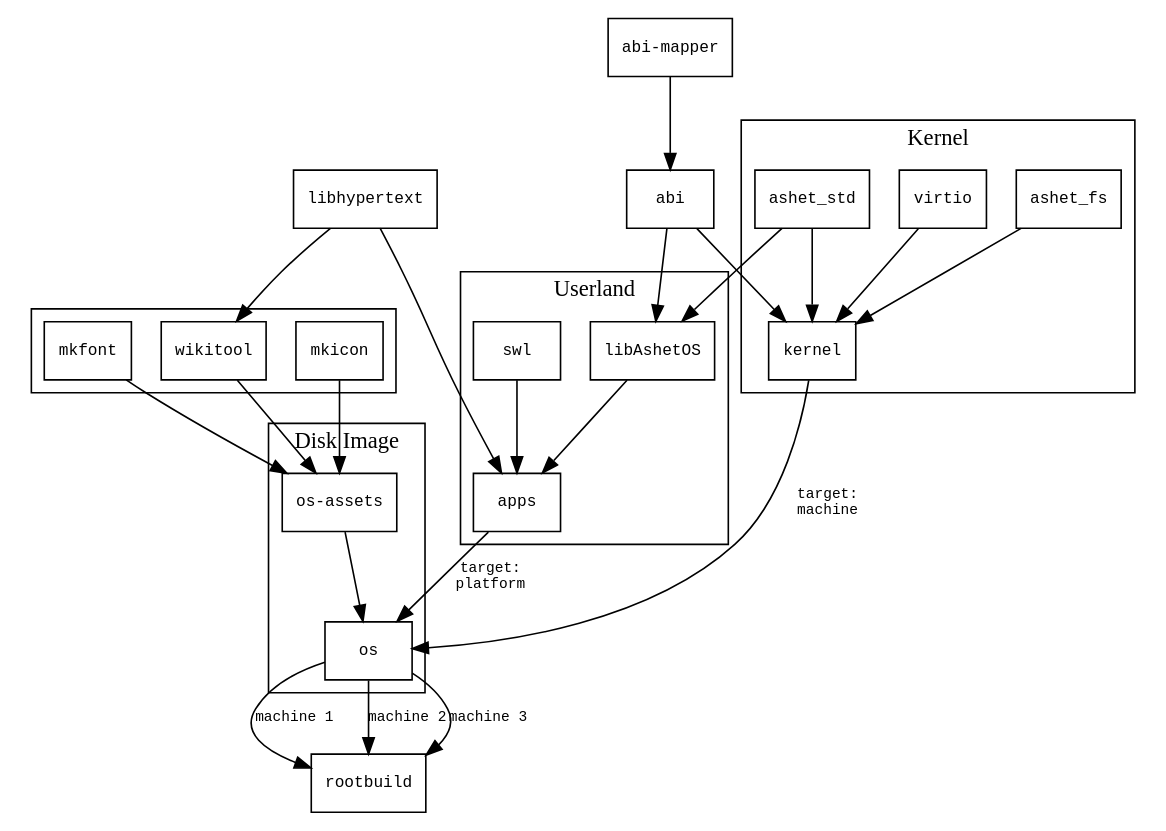
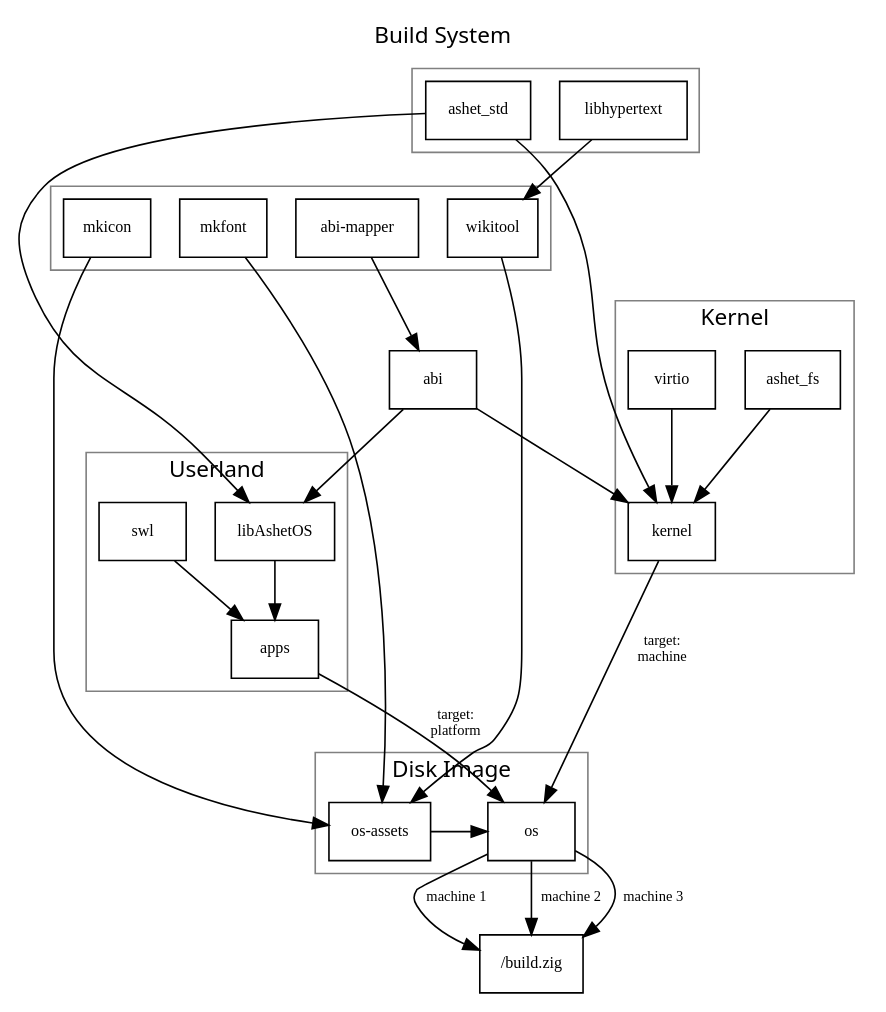
The diagram in docs/build/graph.dot (Ashet-Technologies/Ashet-OS), drawn with Graphviz before and after one commit. The commit also changed 1 other file, not shown here.

Commit message:
Updates docs/build

```diff
--- a/docs/build/graph.dot
+++ b/docs/build/graph.dot
@@ -1,77 +1,92 @@
 digraph {
     rankdir = TB;
-    node [shape = box; fontsize = 10; fontname = monospace;];
-    edge [fontsize = 9; fontname = monospace;];
+    fontname = "sans";
+    node [shape = box; fontsize = 10;];
+    edge [fontsize = 9;];
+    splines=true;
+
+    rootbuild [label = "/build.zig";];
     
+    subgraph cluster_libs {
+        rank = same;
+        color = gray;
+        
+        libhypertext;
+        ashet_std;
+    }
     
     abi;
-    abi_mapper [label = "abi-mapper";];
-    
-    libhypertext;
     
     subgraph cluster_tools {
+        rank = min;
+        color = gray;
+        
         wikitool;
         mkicon;
         mkfont;
+        abi_mapper [label = "abi-mapper";];
     }
-    
     
     subgraph cluster_userland {
         label = "Userland";
+        color = gray;
         
         libAshetOS;
+        apps;
         swl;
-        
-        apps [label = "apps";];
     }
     
     subgraph cluster_kernel {
         label = "Kernel";
+        color = gray;
+        
         kernel;
-        ashet_std;
         ashet_fs;
         virtio;
     }
     
     subgraph cluster_disk {
         label = "Disk Image";
+        color = gray;
         
-        rootfs [label = "os";];
-        assets [label = "os-assets";];
+        subgraph {
+            rank = same;
+            
+            rootfs [label = "os";];
+            assets [label = "os-assets";];
+        }
     }
-    
-    
-    
-    
     
     abi_mapper -> abi;
     
     abi -> libAshetOS;
     ashet_std -> libAshetOS;
     
     
     abi -> kernel;
     virtio -> kernel;
     ashet_fs -> kernel;
     ashet_std -> kernel;
     
     
     libAshetOS -> apps;
     swl -> apps;
-    libhypertext -> apps;
     
     libhypertext -> wikitool;
-    
+    // libhypertext -> apps;
     
     mkfont -> assets;
     mkicon -> assets;
     wikitool -> assets;
     
     assets -> rootfs;
     kernel -> rootfs [label = "target:\nmachine";];
     apps -> rootfs [label = "target:\nplatform";];
     
     rootfs -> rootbuild [label = "machine 1";];
     rootfs -> rootbuild [label = "machine 2";];
     rootfs -> rootbuild [label = "machine 3";];
+    
+    label = "Build System";
+    labelloc = "t";
 }
```
